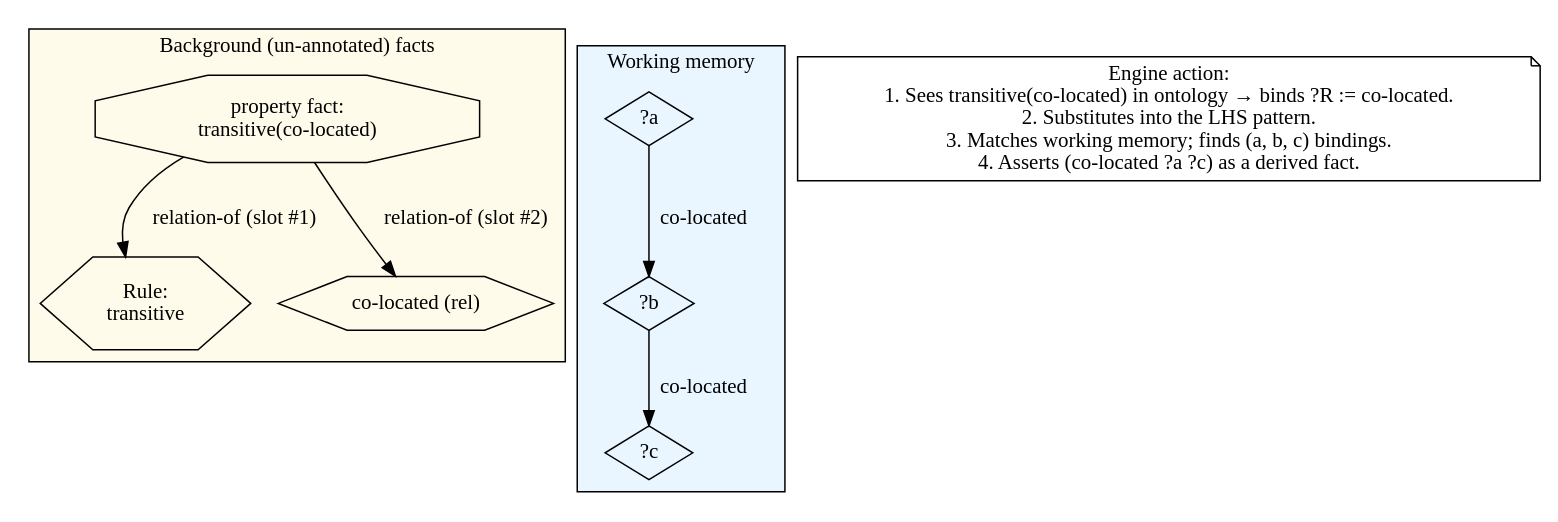
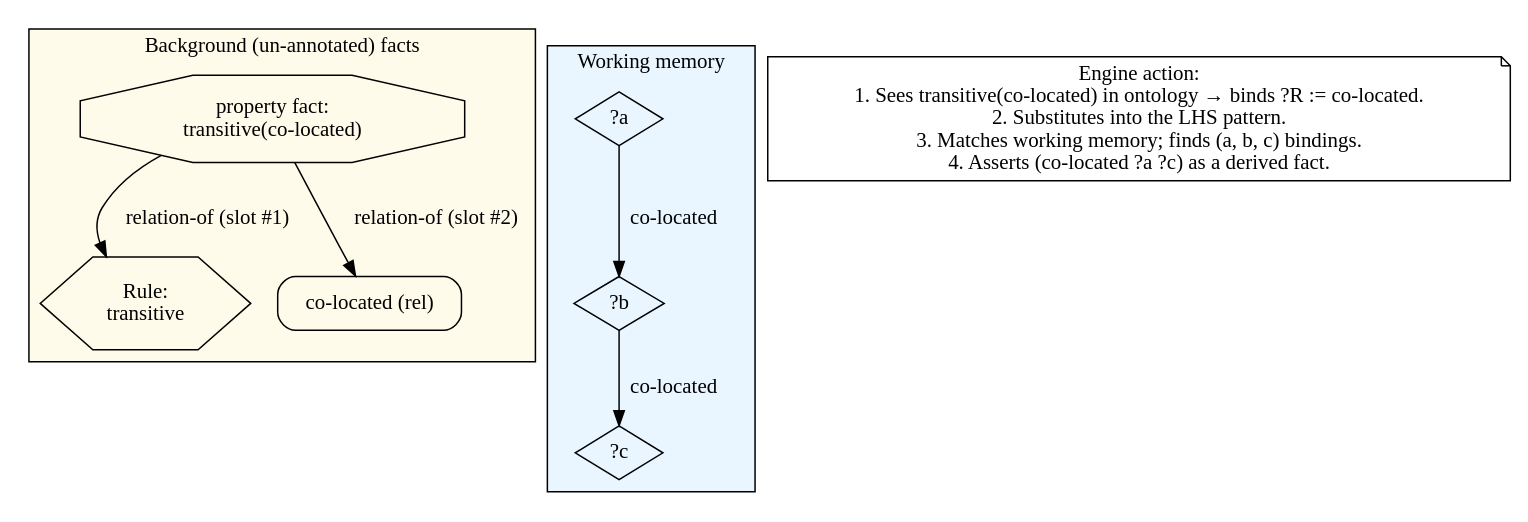
Before and after one commit to agutikov/ein: the fourth of 8 diagrams in docs/kernel/ir/01-ein-graph/02_rules.md, drawn with Graphviz. The commit also changed 10 other files, not shown here.

````diff
--- a/docs/kernel/ir/01-ein-graph/02_rules.md
+++ b/docs/kernel/ir/01-ein-graph/02_rules.md
@@ -187,30 +187,30 @@
 ```dot
 digraph t2_activation {
   rankdir=TB;
   compound=true;
 
   subgraph cluster_ontology {
     label="Background (un-annotated) facts";
     style=filled;
     fillcolor="#fffbea";
     rule_trans [shape=hexagon, label="Rule:\ntransitive"];
-    rel_coloc  [shape=hexagon, label="co-located (rel)"];
+    rel_coloc  [shape=box, style=rounded, label="co-located (rel)"];
     prop_fact  [shape=octagon, label="property fact:\ntransitive(co-located)"];
     prop_fact -> rule_trans [label="relation-of (slot #1)"];
     prop_fact -> rel_coloc  [label="relation-of (slot #2)"];
   }
 
   subgraph cluster_facts {
     label="Working memory";
     style=filled;
     fillcolor="#eaf6ff";
     a [shape=diamond, label="?a"];
     b [shape=diamond, label="?b"];
     c [shape=diamond, label="?c"];
     a -> b [label="co-located"];
     b -> c [label="co-located"];
   }
 
   note [shape=note, label="Engine action:\n 1. Sees transitive(co-located) in ontology → binds ?R := co-located.\n 2. Substitutes into the LHS pattern.\n 3. Matches working memory; finds (a, b, c) bindings.\n 4. Asserts (co-located ?a ?c) as a derived fact."];
 }
 ```
````
